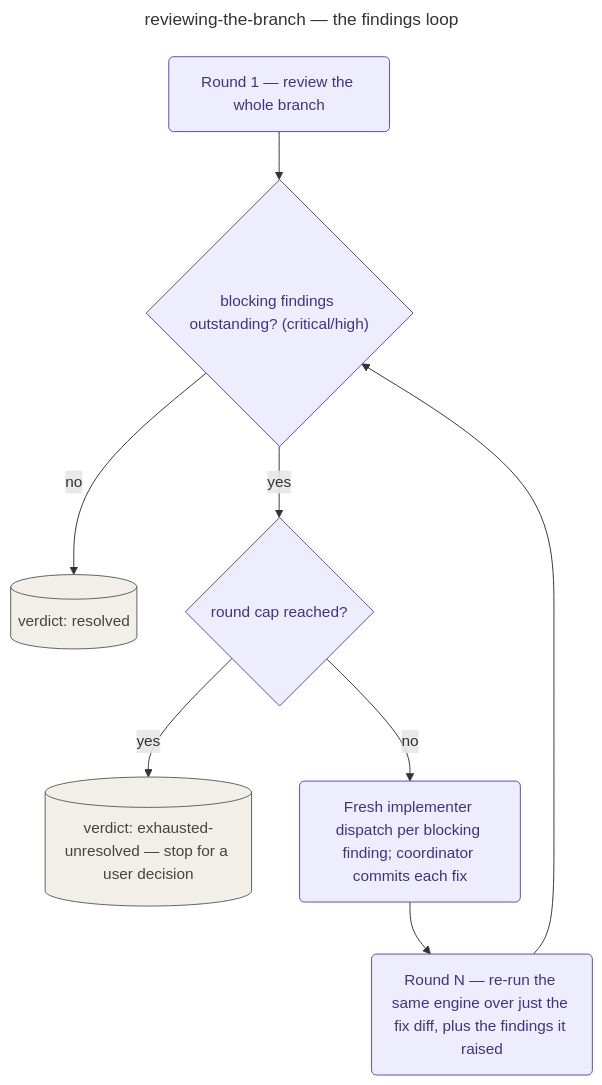
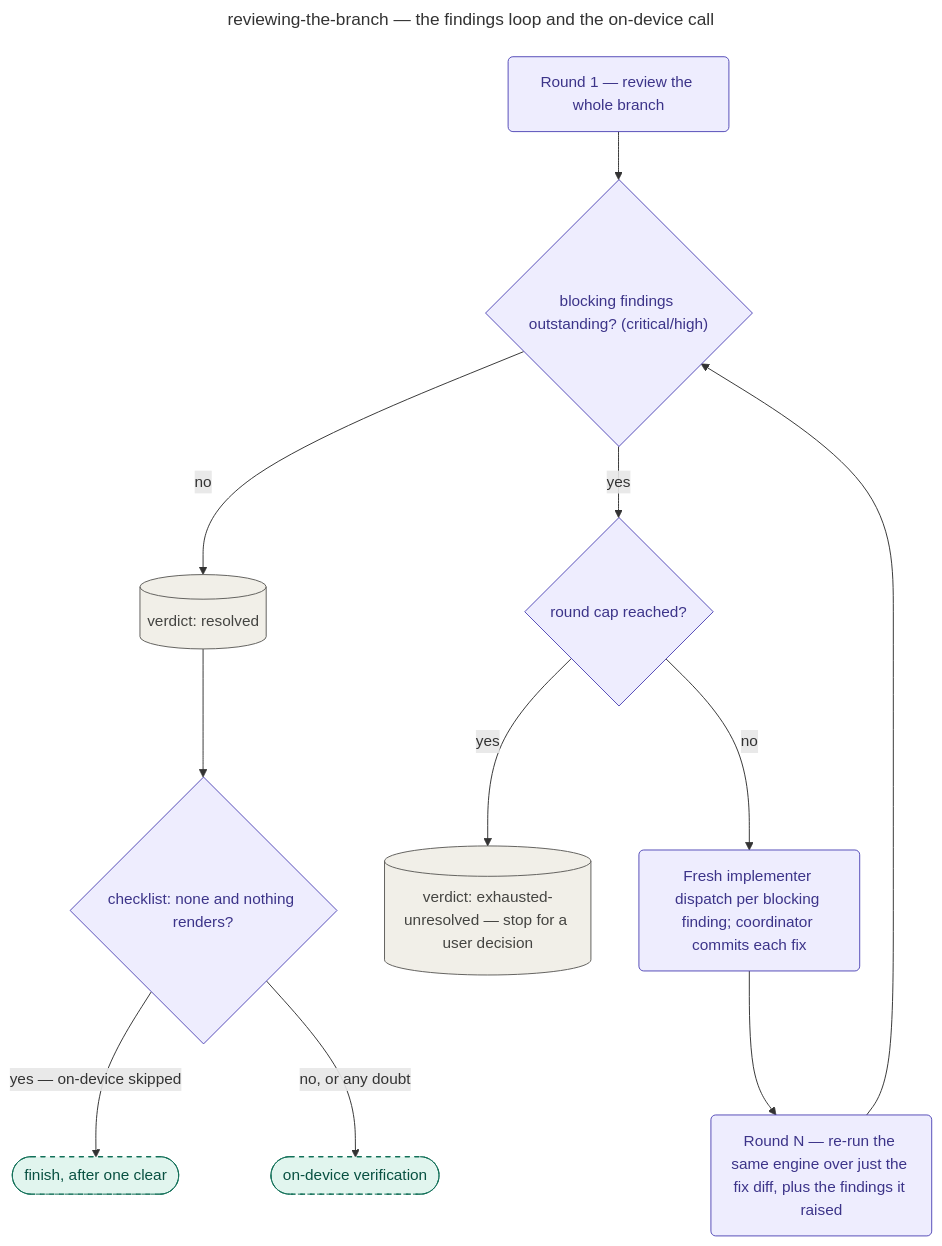
The diagram in docs/playbooks/reviewing-the-branch/README.md (KonstantinRoehrl/devcycle), drawn with Mermaid before and after one commit. The commit also changed other lines of this file and 101 other files, not shown here.

Commit message:
feat(verify): run the driver first and skip on-device when nothing renders (#371)

````diff
--- a/docs/playbooks/reviewing-the-branch/README.md
+++ b/docs/playbooks/reviewing-the-branch/README.md
@@ -32,19 +42,22 @@
 ```mermaid
 ---
-title: reviewing-the-branch — the findings loop
-accDescr: Playbook-internal flowchart of the branch-review findings loop, from round 1's whole-branch review through the blocking-findings check, the round-cap check, fresh implementer dispatches for blocking findings, and narrow re-review, to the resolved or exhausted-unresolved verdict.
+title: reviewing-the-branch — the findings loop and the on-device call
+accDescr: Playbook-internal flowchart of the branch-review findings loop, from round 1's whole-branch review through the blocking-findings check, the round-cap check, fresh implementer dispatches for blocking findings, and narrow re-review, to the resolved or exhausted-unresolved verdict; on resolved, the stage skips on-device straight to finish when no checklist exists and nothing renders, and goes to on-device otherwise.
 ---
 flowchart TD
     R1("Round 1 — review the whole branch"):::stage
     R1 --> BLOCKING{"blocking findings outstanding? (critical/high)"}:::stage
     BLOCKING -->|no| RESOLVED[("verdict: resolved")]:::structural
     BLOCKING -->|yes| CAP{"round cap reached?"}:::stage
     CAP -->|yes| EXHAUSTED[("verdict: exhausted-unresolved — stop for a user decision")]:::structural
     CAP -->|no| FIX("Fresh implementer dispatch per blocking finding; coordinator commits each fix"):::stage
     FIX --> RN("Round N — re-run the same engine over just the fix diff, plus the findings it raised"):::stage
     RN --> BLOCKING
+    RESOLVED --> APPLIES{"checklist: none and nothing renders?"}:::stage
+    APPLIES -->|"yes — on-device skipped"| FINISH(["finish, after one clear"]):::tool
+    APPLIES -->|"no, or any doubt"| ONDEV(["on-device verification"]):::tool
 
     classDef stage fill:#EEEDFE,stroke:#534AB7,color:#3C3489;
     classDef tool fill:#E1F5EE,stroke:#0F6E56,color:#085041,stroke-dasharray:5 5;
     classDef structural fill:#F1EFE8,stroke:#5F5E5A,color:#444441;
 ```
````
